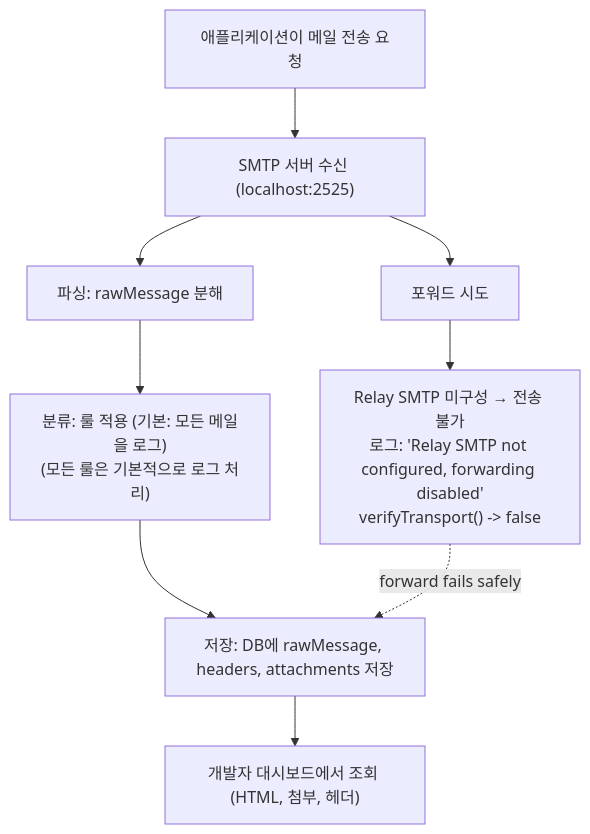
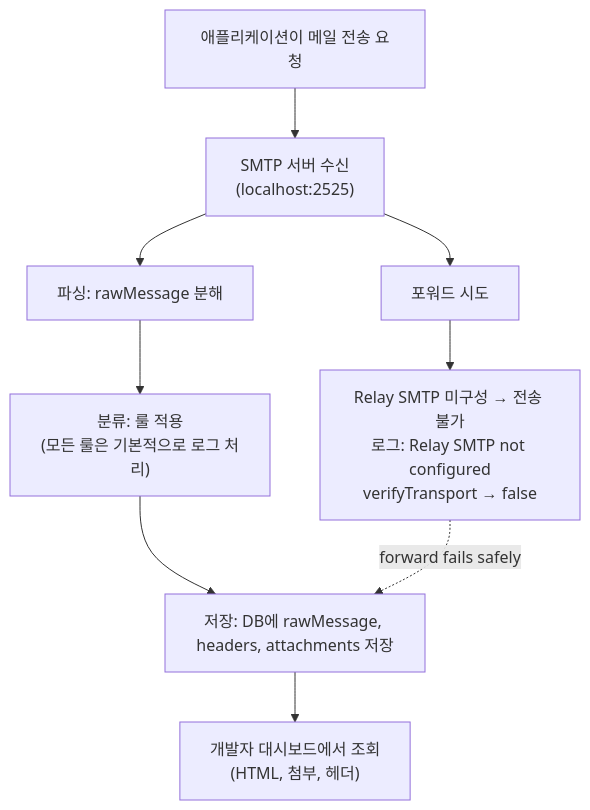
One commit to Will-gabia/mailgate changed the second of 2 diagrams in docs/use-cases/05-dev-mail-trap.md. Above: the diagram before and after it, drawn with Mermaid. The commit also changed other lines of this file and 7 other files, not shown here.

````diff
--- a/docs/use-cases/05-dev-mail-trap.md
+++ b/docs/use-cases/05-dev-mail-trap.md
@@ -23,11 +23,11 @@
 ```mermaid
 graph TB
-  A["애플리케이션이 메일 전송 요청"] --> B["SMTP 서버 수신 (localhost:2525)"]
+  A["애플리케이션이 메일 전송 요청"] --> B["SMTP 서버 수신<br/>(localhost:2525)"]
   B --> C["파싱: rawMessage 분해"]
-  C --> D["분류: 룰 적용 (기본: 모든 메일을 로그)\n(모든 룰은 기본적으로 로그 처리)"]
+  C --> D["분류: 룰 적용<br/>(모든 룰은 기본적으로 로그 처리)"]
   D --> E["저장: DB에 rawMessage, headers, attachments 저장"]
-  E --> F["개발자 대시보드에서 조회 (HTML, 첨부, 헤더)"]
+  E --> F["개발자 대시보드에서 조회<br/>(HTML, 첨부, 헤더)"]
   B --> G["포워드 시도"]
-  G --> H["Relay SMTP 미구성 → 전송 불가\n로그: 'Relay SMTP not configured, forwarding disabled'\nverifyTransport() -> false"]
+  G --> H["Relay SMTP 미구성 → 전송 불가<br/>로그: Relay SMTP not configured<br/>verifyTransport → false"]
   H -.->|"forward fails safely"| E
 ```
````
